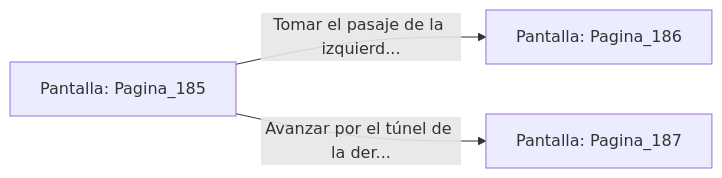
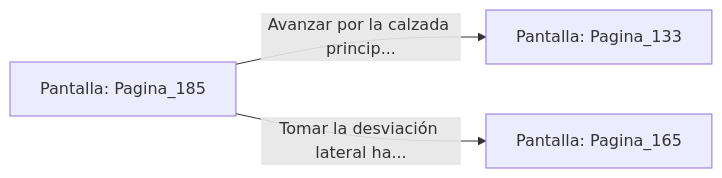
The diagram in sample/eligejuego-vault/Pantalla_Pagina_185.md (metsuke/mpl), drawn with Mermaid before and after one commit. The commit also changed other lines of this file and 635 other files, not shown here.

First line of the commit message:
fix: añadir Pagina_1 como pantalla inicial en capitulo_01.mpl

````diff
--- a/sample/eligejuego-vault/Pantalla_Pagina_185.md
+++ b/sample/eligejuego-vault/Pantalla_Pagina_185.md
@@ -20,6 +24,6 @@
 ```mermaid
 graph LR
     P_Pagina_185["Pantalla: Pagina_185"]
-    P_Pagina_185 -->|"Tomar el pasaje de la izquierd..."| P_Pagina_186["Pantalla: Pagina_186"]
-    P_Pagina_185 -->|"Avanzar por el túnel de la der..."| P_Pagina_187["Pantalla: Pagina_187"]
+    P_Pagina_185 -->|"Avanzar por la calzada princip..."| P_Pagina_133["Pantalla: Pagina_133"]
+    P_Pagina_185 -->|"Tomar la desviación lateral ha..."| P_Pagina_165["Pantalla: Pagina_165"]
 ```
````
